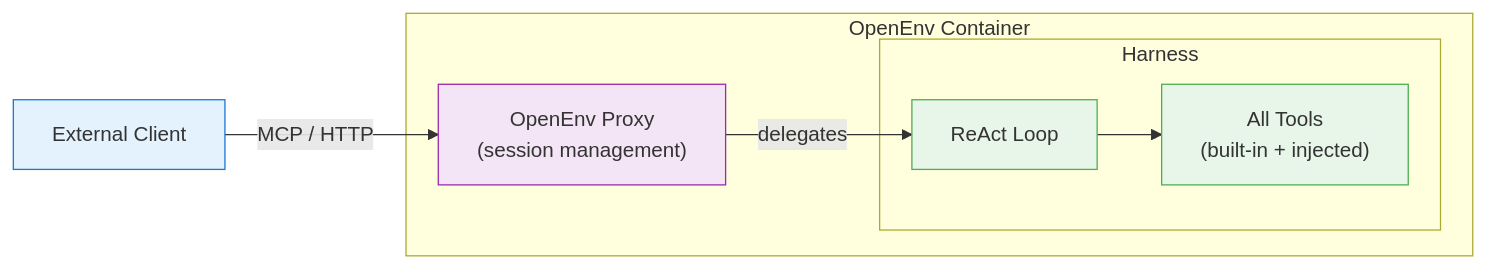
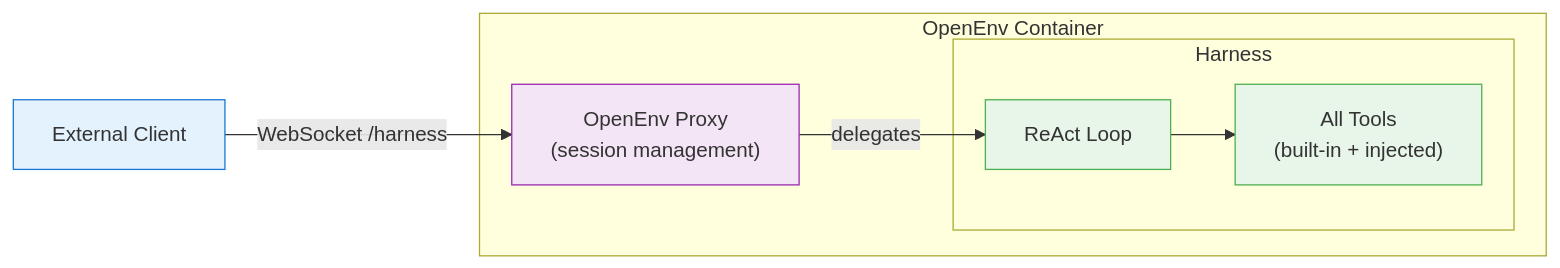
The second of 2 diagrams in rfcs/005-agentic-harnesses.md (huggingface/OpenEnv), drawn with Mermaid before and after one commit. The commit also changed other lines of this file, not shown here.

````diff
--- a/rfcs/005-agentic-harnesses.md
+++ b/rfcs/005-agentic-harnesses.md
@@ -140,27 +157,27 @@
 ```mermaid
 flowchart LR
     Client["External Client"]
 
     subgraph container["OpenEnv Container"]
         Proxy["OpenEnv Proxy
         (session management)"]
 
         subgraph harness["Harness"]
             ReactLoop["ReAct Loop"]
             Tools["All Tools
             (built-in + injected)"]
         end
     end
 
-    Client -->|"MCP / HTTP"| Proxy
+    Client -->|"WebSocket /harness"| Proxy
     Proxy -->|"delegates"| ReactLoop
     ReactLoop --> Tools
 
     classDef clientBox fill:#e3f2fd,stroke:#1976d2
     classDef proxyBox fill:#f3e5f5,stroke:#9c27b0
     classDef harnessBox fill:#e8f5e9,stroke:#4caf50
 
     class Client clientBox
     class Proxy proxyBox
     class ReactLoop,Tools harnessBox
 ```
````
